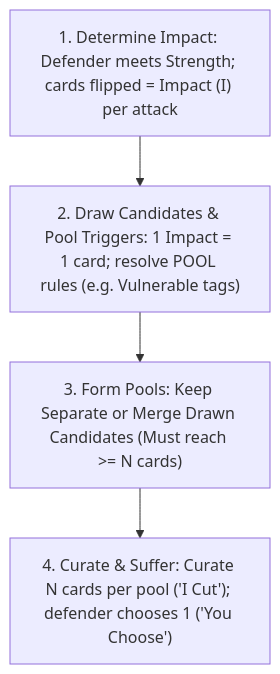
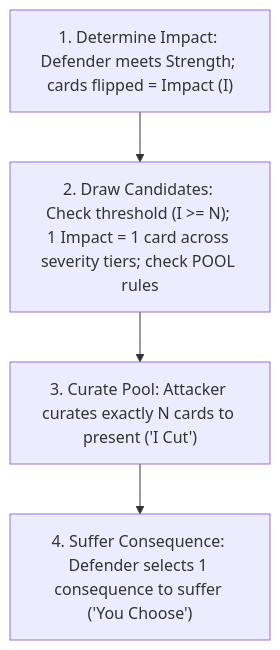
The diagram in design/iteration/resolution/candidates/consequence-pool-tag-escalation/README.md (tdimiduk/cardpg), drawn with Mermaid before and after one commit. The commit also changed other lines of this file and 2 other files, not shown here.

Commit message:
Progressive disclosure of multiattacker rules

````diff
--- a/design/iteration/resolution/candidates/consequence-pool-tag-escalation/README.md
+++ b/design/iteration/resolution/candidates/consequence-pool-tag-escalation/README.md
@@ -35,6 +35,6 @@
 ```mermaid
 flowchart TD
-    A["1. Determine Impact: Defender meets Strength; cards flipped = Impact (I) per attack"] --> B["2. Draw Candidates & Pool Triggers: 1 Impact = 1 card; resolve POOL rules (e.g. Vulnerable tags)"]
-    B --> C["3. Form Pools: Keep Separate or Merge Drawn Candidates (Must reach >= N cards)"]
-    C --> D["4. Curate & Suffer: Curate N cards per pool ('I Cut'); defender chooses 1 ('You Choose')"]
+    A["1. Determine Impact: Defender meets Strength; cards flipped = Impact (I)"] --> B["2. Draw Candidates: Check threshold (I >= N); 1 Impact = 1 card across severity tiers; check POOL rules"]
+    B --> C["3. Curate Pool: Attacker curates exactly N cards to present ('I Cut')"]
+    C --> D["4. Suffer Consequence: Defender selects 1 consequence to suffer ('You Choose')"]
 ```
````
